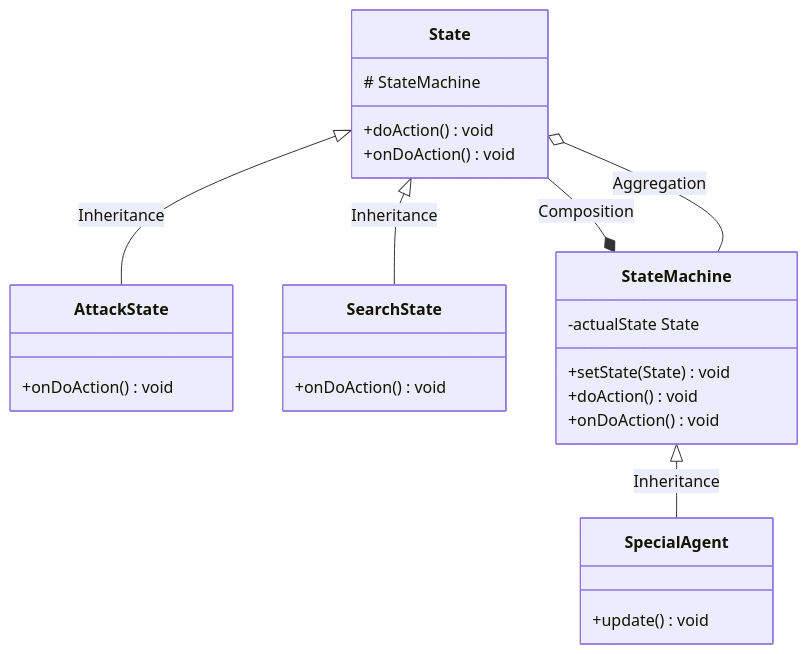
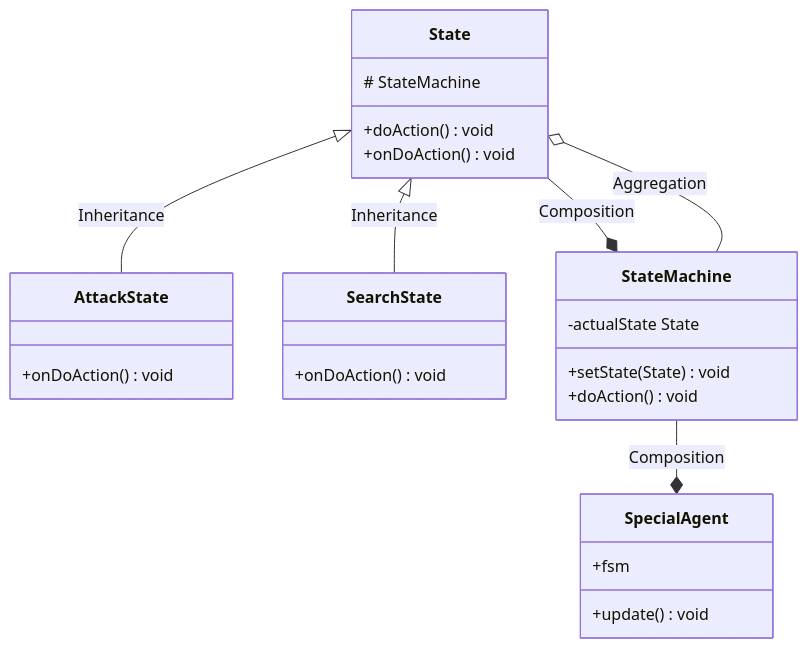
Before and after one commit to theo550/creative-python: the second of 3 diagrams in README.md, drawn with Mermaid. The commit also changed other lines of this file and 3 other files, not shown here.

````diff
--- a/README.md
+++ b/README.md
@@ -12,24 +13,24 @@
 ```mermaid
 classDiagram
     State <|-- AttackState: Inheritance
     State <|-- SearchState: Inheritance
     State: # StateMachine
     State: +doAction() void
     State: +onDoAction() void
     class AttackState{
       +onDoAction() void
     }
     class SearchState{
       +onDoAction() void
     }
     State --* StateMachine: Composition
     StateMachine --o State : Aggregation
-    StateMachine <|-- SpecialAgent: Inheritance
+    StateMachine --* SpecialAgent: Composition
     StateMachine: -actualState State
     StateMachine: +setState(State) void
     StateMachine: +doAction() void
-    StateMachine: +onDoAction() void
     class SpecialAgent{
         +update() void
+        +fsm
     }
 ```
````
